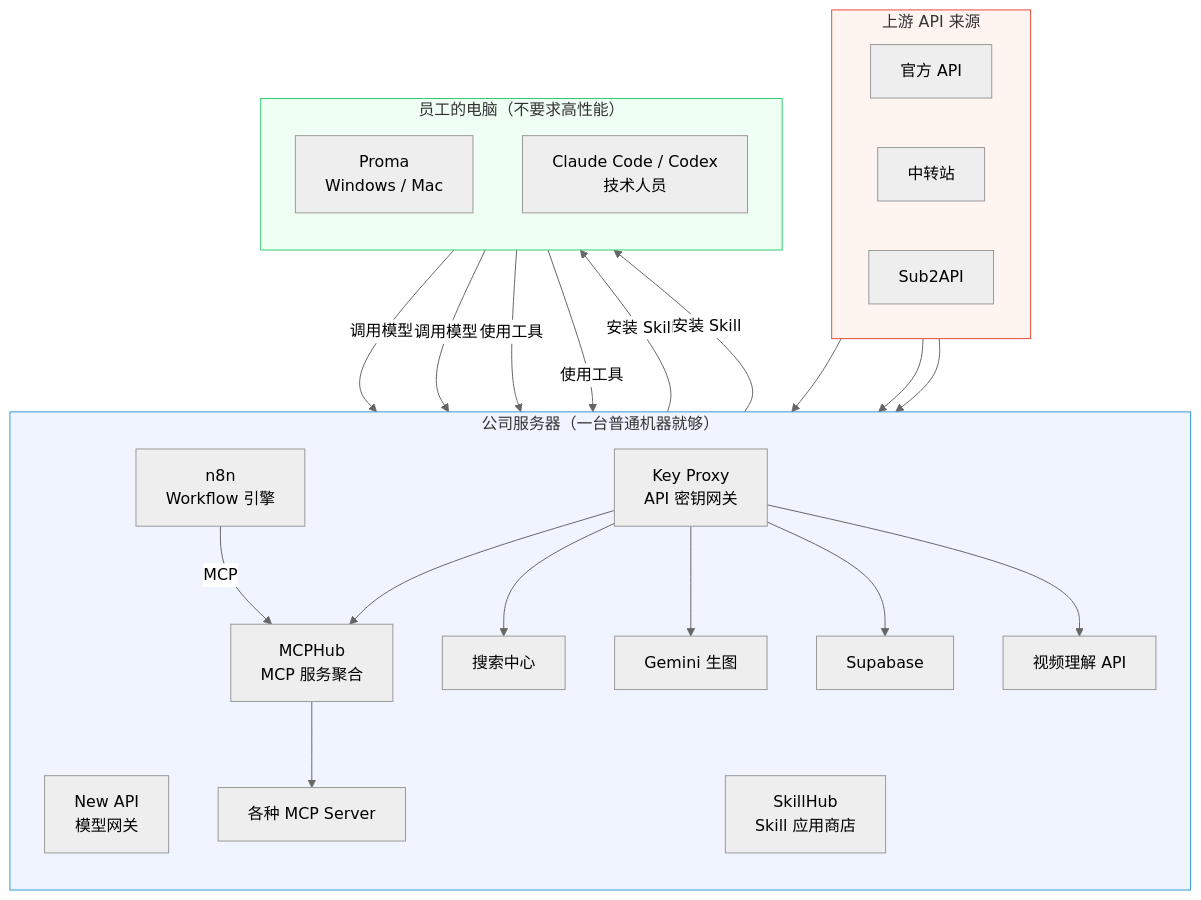
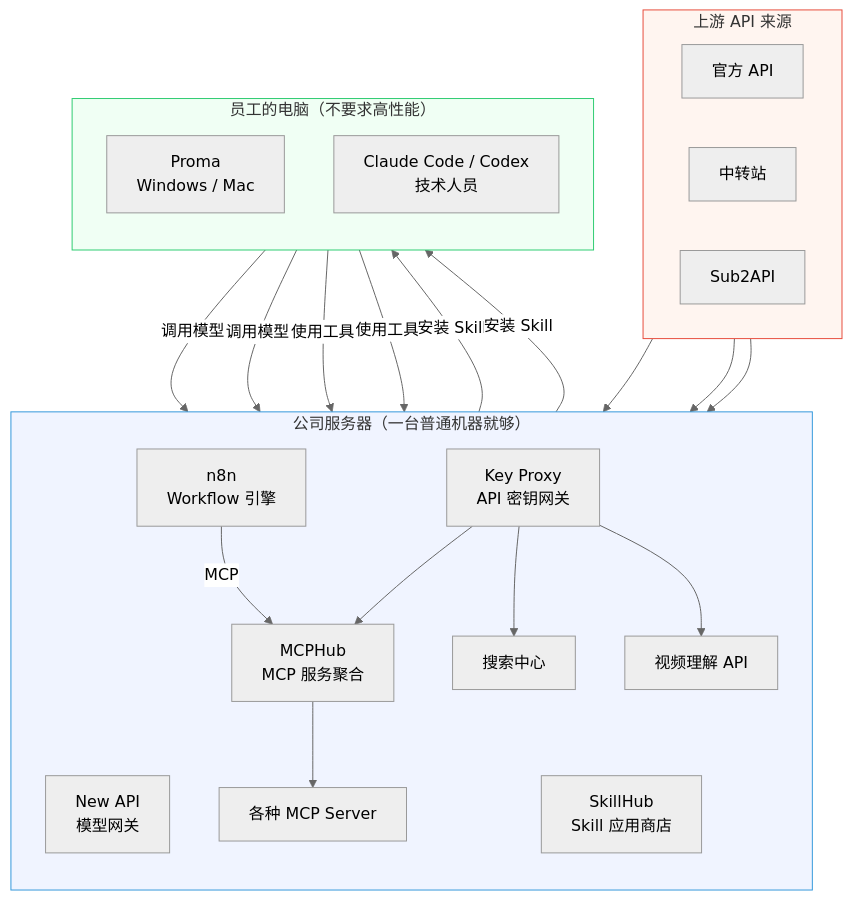
Before and after one commit to zj1123581321/zj1123581321.github.io: the second of 2 diagrams in content/posts/260908-smb-agent-framework/index.md, drawn with Mermaid (neutral theme).

Commit message:
fix: mermaid 精简 Key Proxy 下游为三个示例
Agent-Executor: cc
Agent-Session: 34aa7eed-ce75-4ad8-9e7b-e6d6c7fc88c1
Agent-Effort: high

````diff
--- a/content/posts/260908-smb-agent-framework/index.md
+++ b/content/posts/260908-smb-agent-framework/index.md
@@ -271,51 +271,47 @@
 ```mermaid
 graph TB
     subgraph Upstream["上游 API 来源"]
         direction LR
         Official["官方 API"]
         Reseller["中转站"]
         Sub2API["Sub2API"]
     end
 
     subgraph Server["公司服务器（一台普通机器就够）"]
         direction TB
         NewAPI["New API<br/>模型网关"]
         KeyProxy["Key Proxy<br/>API 密钥网关"]
         SkillHub["SkillHub<br/>Skill 应用商店"]
         MCPHub["MCPHub<br/>MCP 服务聚合"]
         N8N["n8n<br/>Workflow 引擎"]
         Search["搜索中心"]
-        Gemini["Gemini 生图"]
-        Supabase["Supabase"]
         Video["视频理解 API"]
         MCP["各种 MCP Server"]
     end
 
     subgraph Client["员工的电脑（不要求高性能）"]
         direction TB
         Proma["Proma<br/>Windows / Mac"]
         CC["Claude Code / Codex<br/>技术人员"]
     end
 
     Official --> NewAPI
     Reseller --> NewAPI
     Sub2API --> NewAPI
 
     Proma -->|调用模型| NewAPI
     CC -->|调用模型| NewAPI
     Proma -->|使用工具| KeyProxy
     CC -->|使用工具| KeyProxy
     SkillHub -->|安装 Skill| Proma
     SkillHub -->|安装 Skill| CC
     KeyProxy --> MCPHub
     KeyProxy --> Search
-    KeyProxy --> Gemini
-    KeyProxy --> Supabase
     KeyProxy --> Video
     MCPHub --> MCP
     N8N -->|MCP| MCPHub
 
     style Upstream fill:#fff5f0,stroke:#e74c3c
     style Server fill:#f0f4ff,stroke:#3498db
     style Client fill:#f0fff4,stroke:#2ecc71
 ```
````
